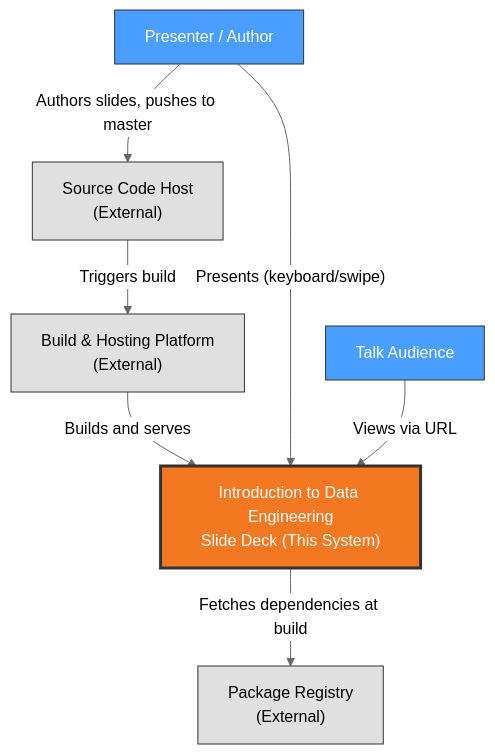
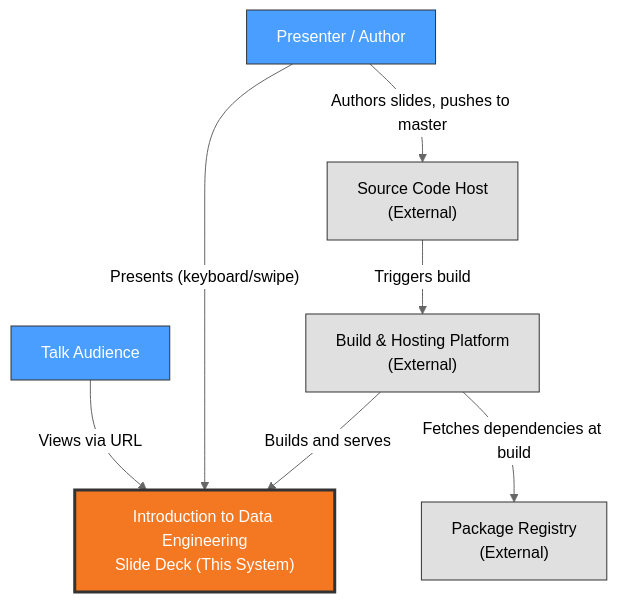
One commit to sshahar1/introduction-to-data-engineering changed the diagram in .specify/architect/views/system/context.md. Above: the diagram before and after it, drawn with Mermaid (neutral theme). The commit also changed other lines of this file and 2 other files, not shown here.

Commit message:
docs: consistent Netlify naming and fix npm arrow in Context diagram
- Use "Build & Hosting Platform (Netlify)" as the single role name in
  the Context and Deployment views (was three different names)
- Context diagram: the build platform fetches npm packages, not the
  deck itself

````diff
--- a/.specify/architect/views/system/context.md
+++ b/.specify/architect/views/system/context.md
@@ -45,26 +45,26 @@
 ```mermaid
 graph TD
     Presenter["Presenter / Author"]
     Audience["Talk Audience"]
 
     System["Introduction to Data Engineering<br/>Slide Deck (This System)"]
 
     GitHub["Source Code Host<br/>(External)"]
     Netlify["Build & Hosting Platform<br/>(External)"]
     Registry["Package Registry<br/>(External)"]
 
     Presenter -->|"Authors slides, pushes to master"| GitHub
     GitHub -->|"Triggers build"| Netlify
     Netlify -->|"Builds and serves"| System
     Presenter -->|"Presents (keyboard/swipe)"| System
     Audience -->|"Views via URL"| System
-    System -->|"Fetches dependencies at build"| Registry
+    Netlify -->|"Fetches dependencies at build"| Registry
 
     classDef systemNode fill:#f47721,stroke:#333,stroke-width:3px,color:#fff
     classDef stakeholderNode fill:#4a9eff,stroke:#333,stroke-width:1px,color:#fff
     classDef externalNode fill:#e0e0e0,stroke:#333,stroke-width:1px
 
     class System systemNode
     class Presenter,Audience stakeholderNode
     class GitHub,Netlify,Registry externalNode
 ```
````
